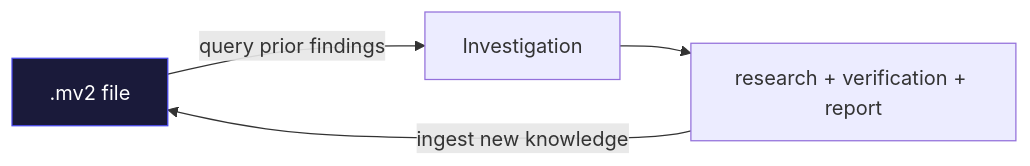
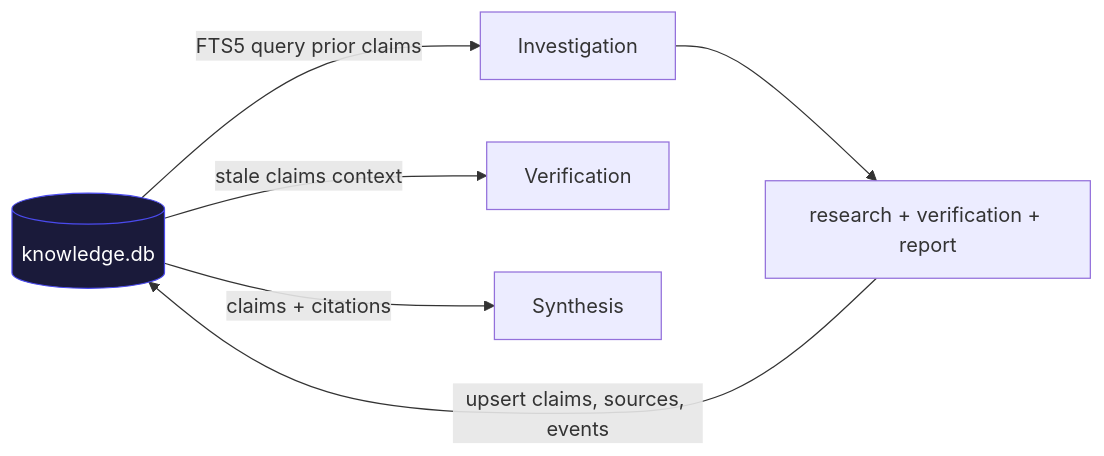
Before and after one commit to pguerrerolinares/recon: the fifth of 5 diagrams in ARCHITECTURE.md, drawn with Mermaid. The commit also changed other lines of this file and 7 other files, not shown here.

````diff
--- a/ARCHITECTURE.md
+++ b/ARCHITECTURE.md
@@ -458,8 +523,10 @@
 ```mermaid
 flowchart LR
-    MV2[".mv2 file"] -- "query prior findings" --> INV["Investigation"]
+    DB[("knowledge.db")] -- "FTS5 query prior claims" --> INV["Investigation"]
     INV --> RES["research + verification + report"]
-    RES -- "ingest new knowledge" --> MV2
+    RES -- "upsert claims, sources, events" --> DB
+    DB -- "stale claims context" --> VER["Verification"]
+    DB -- "claims + citations" --> SYN["Synthesis"]
 
-    style MV2 fill:#1a1a3a,stroke:#4a4aee,color:#fff
+    style DB fill:#1a1a3a,stroke:#4a4aee,color:#fff
 ```
````
